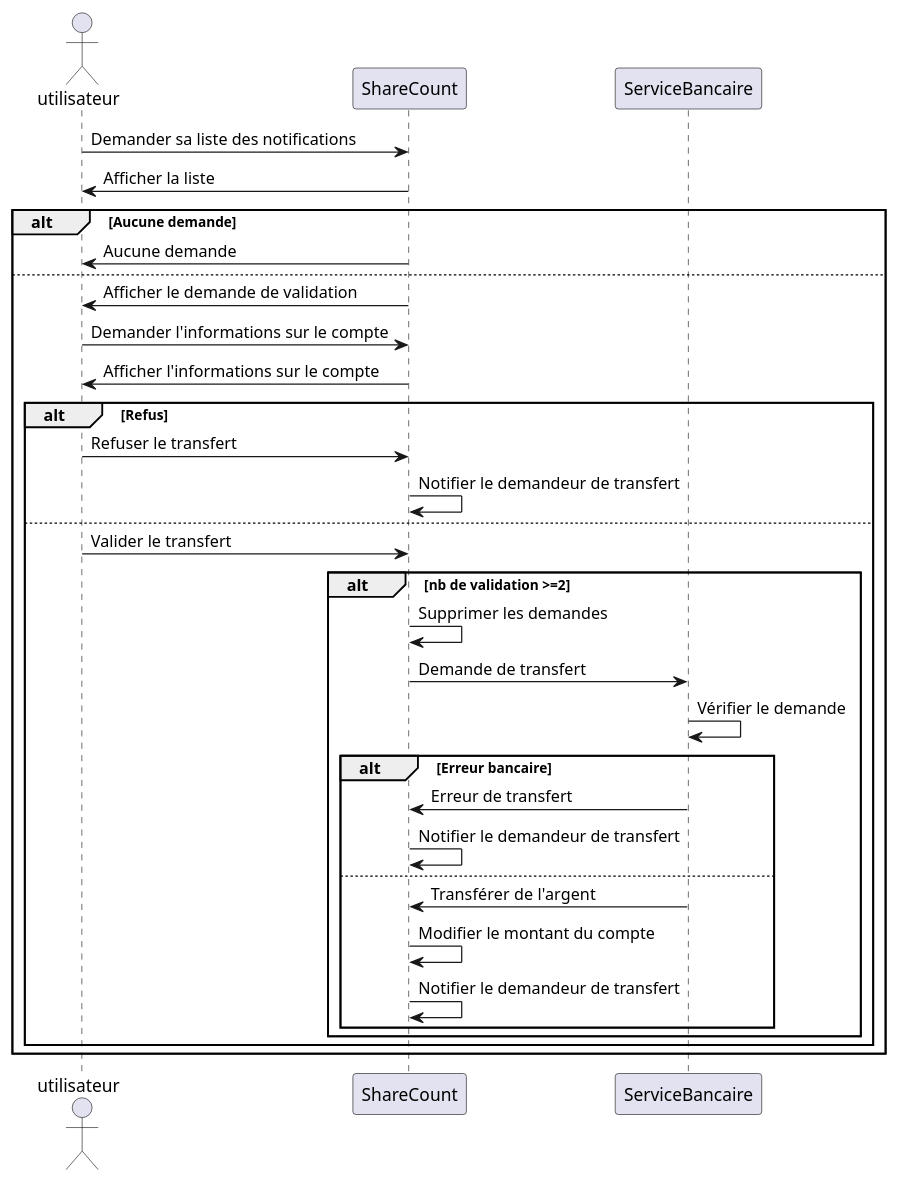
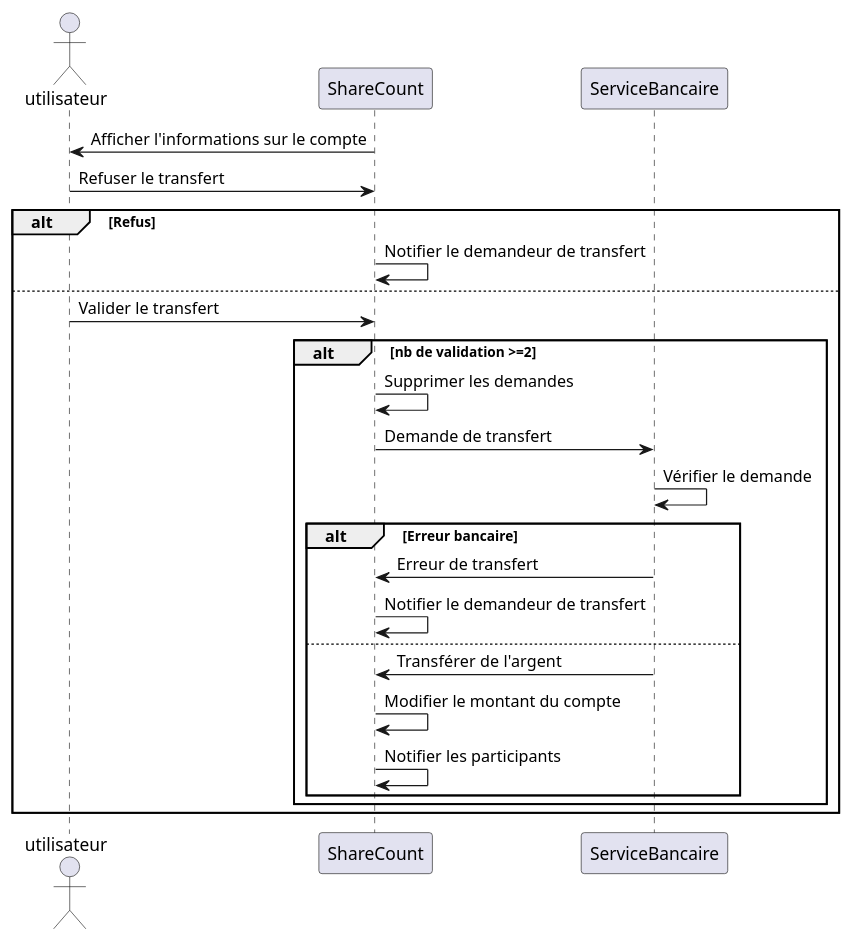
The diagram in diagrammes/specification/sequence/valider-un-transfert-d’argent.puml (lmtb06/sharecount), drawn with PlantUML before and after one commit. The commit also changed 11 other files, not shown here.

Commit message:
Modification des diagrammes de séquence

```diff
--- a/diagrammes/specification/sequence/valider-un-transfert-d’argent.puml
+++ b/diagrammes/specification/sequence/valider-un-transfert-d’argent.puml
@@ -1,45 +1,35 @@
 @startuml  Valider un transfert d’argent
 
 actor utilisateur as u
 participant ShareCount as sc
 participant ServiceBancaire as sb
 
-u -> sc : Demander sa liste des notifications
-sc -> u : Afficher la liste
-
-alt Aucune demande 
-sc -> u : Aucune demande
-else
-
-sc -> u : Afficher le demande de validation
-u -> sc : Demander l'informations sur le compte
 sc -> u : Afficher l'informations sur le compte
 
+u -> sc : Refuser le transfert
 alt Refus
-u -> sc : Refuser le transfert
 sc -> sc : Notifier le demandeur de transfert
 else
 
 u -> sc : Valider le transfert
 
 alt nb de validation >=2
 sc -> sc : Supprimer les demandes
 sc -> sb : Demande de transfert
 sb -> sb : Vérifier le demande
 
 alt Erreur bancaire
 sb -> sc : Erreur de transfert
 sc -> sc : Notifier le demandeur de transfert
 else
 sb -> sc : Transférer de l'argent
 sc -> sc : Modifier le montant du compte
-sc -> sc : Notifier le demandeur de transfert
+sc -> sc : Notifier les participants
 
 
-end
 end
 end
 end
 
 
 @enduml
```
